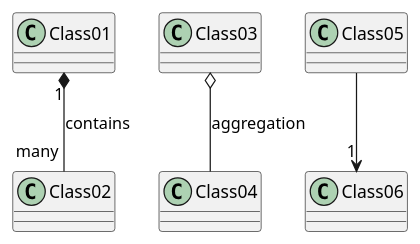
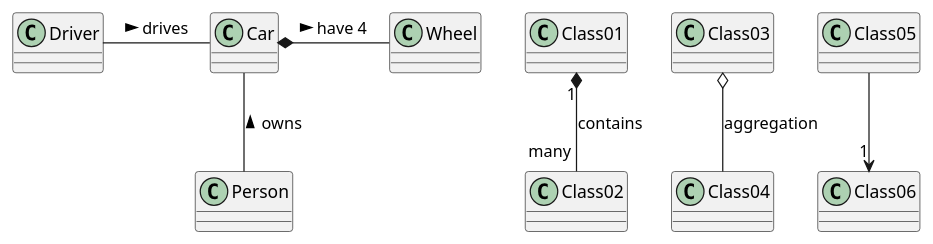
The diagram in code/DesignPattern/src/com/atguigu/principle/UML/03_relation_mark.puml (victorfengming/design_pattern), drawn with PlantUML before and after one commit.

Commit message:
注释

```diff
--- a/code/DesignPattern/src/com/atguigu/principle/UML/03_relation_mark.puml
+++ b/code/DesignPattern/src/com/atguigu/principle/UML/03_relation_mark.puml
@@ -1,9 +1,18 @@
 @startuml
-
+'在关系之间使用标签来说明时, 使用 :后接 标签文字。
+ '对元素的说明，你可以在每一边使用 "" 来说明.
 Class01 "1" *-- "many" Class02 : contains
 
 Class03 o-- Class04 : aggregation
 
 Class05 --> "1" Class06
 
+'在标签的开始或结束位置添加< 或 >以表明是哪个对象作用到哪个对象上。
+class Car
+
+Driver - Car : drives >
+Car *- Wheel : have 4 >
+Car -- Person : < owns
+
+
 @enduml
```
